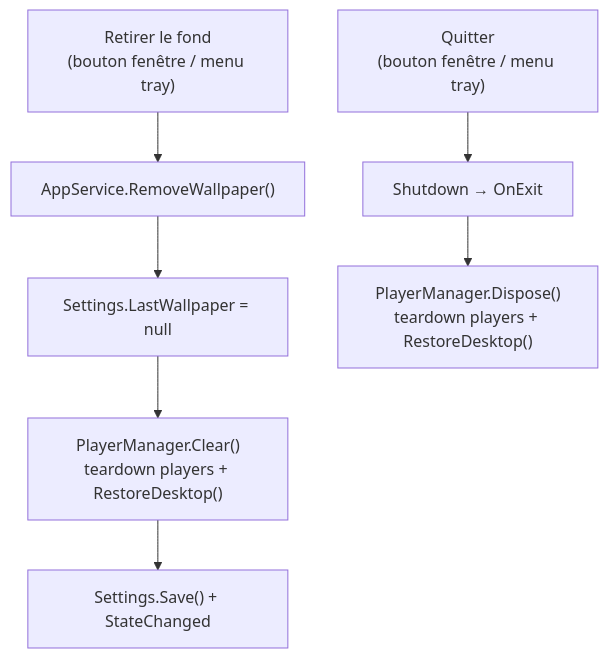
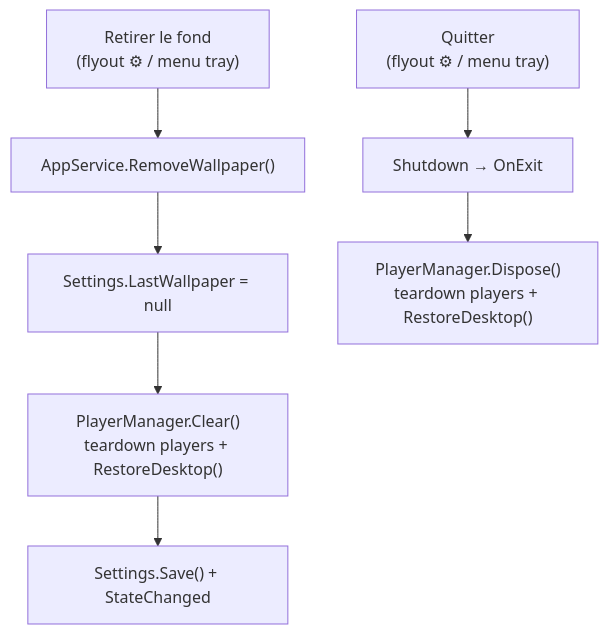
Before and after one commit to KevinT78/wallflow: the fourth of 5 diagrams in docs/ARCHITECTURE-TECHNIQUE.md, drawn with Mermaid. The commit also changed other lines of this file and 2 other files, not shown here.

Commit message:
docs: sync refonte fenetre (glossaire, vue produit, architecture)

````diff
--- a/docs/ARCHITECTURE-TECHNIQUE.md
+++ b/docs/ARCHITECTURE-TECHNIQUE.md
@@ -148,9 +151,9 @@
 ```mermaid
 flowchart TD
-    A["Retirer le fond<br/>(bouton fenêtre / menu tray)"] --> B["AppService.RemoveWallpaper()"]
+    A["Retirer le fond<br/>(flyout ⚙ / menu tray)"] --> B["AppService.RemoveWallpaper()"]
     B --> C["Settings.LastWallpaper = null"]
     C --> D["PlayerManager.Clear()<br/>teardown players + RestoreDesktop()"]
     D --> E["Settings.Save() + StateChanged"]
-    F["Quitter<br/>(bouton fenêtre / menu tray)"] --> G["Shutdown → OnExit"]
+    F["Quitter<br/>(flyout ⚙ / menu tray)"] --> G["Shutdown → OnExit"]
     G --> H["PlayerManager.Dispose()<br/>teardown players + RestoreDesktop()"]
 ```
````
